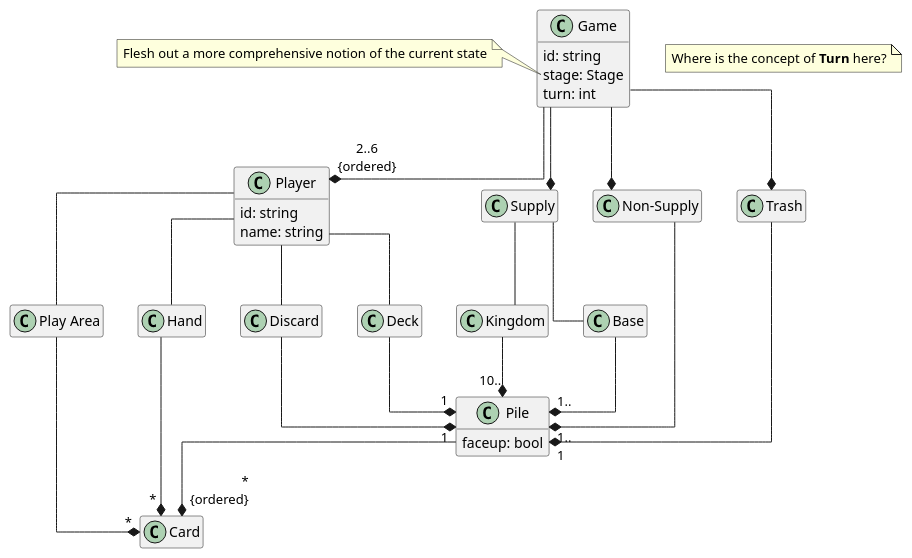
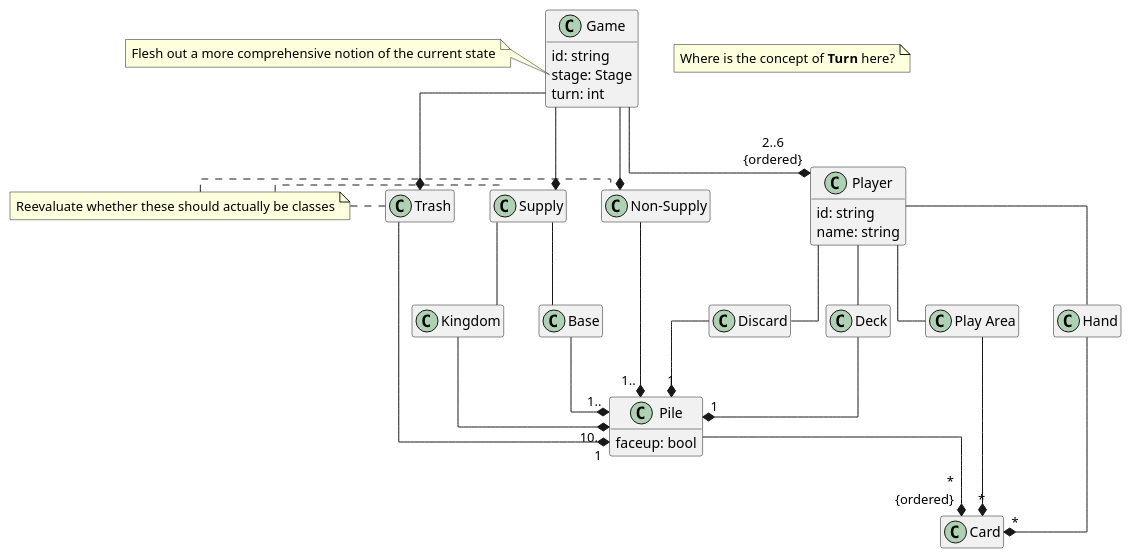
One commit to qwwqe/demesne changed the diagram in diagrams/game-class.puml. Above: the diagram before and after it, drawn with PlantUML. The commit also changed 1 other file, not shown here.

Commit message:
Annotate possible redunancy of Trash, Supply, and Non-Supply classes

```diff
--- a/diagrams/game-class.puml
+++ b/diagrams/game-class.puml
@@ -1,75 +1,81 @@
 @startuml
 hide empty members
 skinparam linetype ortho
 
 note "Where is the concept of <b>Turn</b> here?" as TurnNote
+
+note "Reevaluate whether these should actually be classes" as ClassNote
 
 class Game {
   id: string
   stage: Stage
   turn: int
 }
 
 class Player {
   id: string
   name: string
 }
 
 class Pile {
   faceup: bool
 }
 
 together {
   class Deck
   class Discard
   class "Play Area"
   class Hand
 }
 
 together {
   class Supply
   class "Non-Supply"
   class Trash
 }
 
 together {
   class Base
   class Kingdom
 }
 
 together {
   class Pile
   class Card
 }
 
 note left of Game::stage
   Flesh out a more comprehensive notion of the current state
 end note
 
 Game --* Supply
 Game --* "Non-Supply"
 Game --* Trash
 Game --* "2..6\n{ordered}" Player
 
 Player -- "Play Area"
 Player -- Hand
 Player -- Deck
 Player -- Discard
 
 Deck --* "1" Pile
 Discard --* "1" Pile
 
+Trash .left. ClassNote
+Supply .left. ClassNote
+"Non-Supply" .left. ClassNote
+
 Supply -- Base
 Supply -- Kingdom
 
 Base --* "1.." Pile
 Kingdom --* "10.." Pile
 "Non-Supply" --* "1.." Pile
 
 Trash --* "1" Pile
 
 Pile --* "\r*\n{ordered}" Card
 
 "Play Area" --* "*" Card
 Hand --* "*" Card
 @enduml
```
